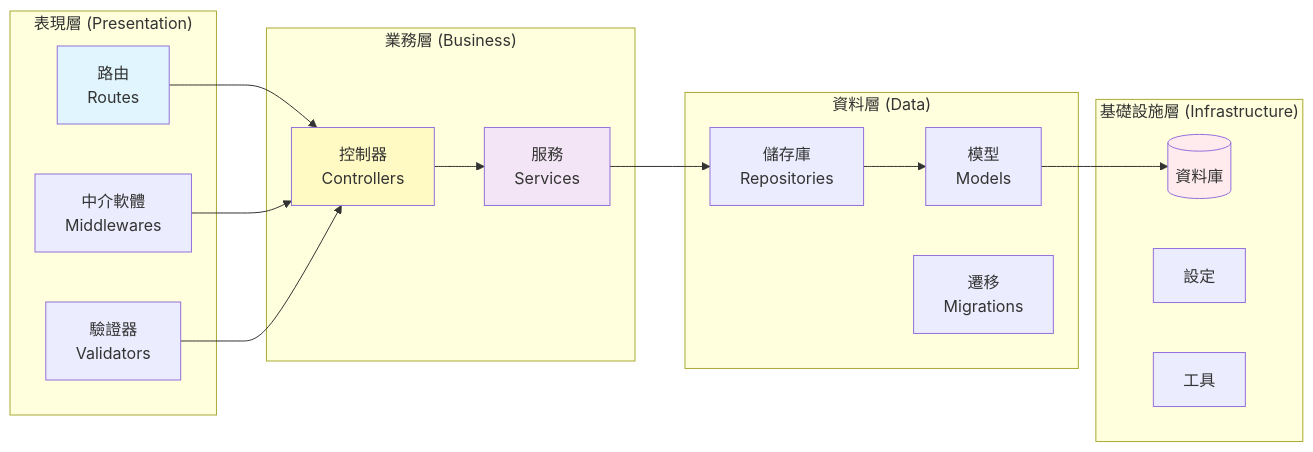
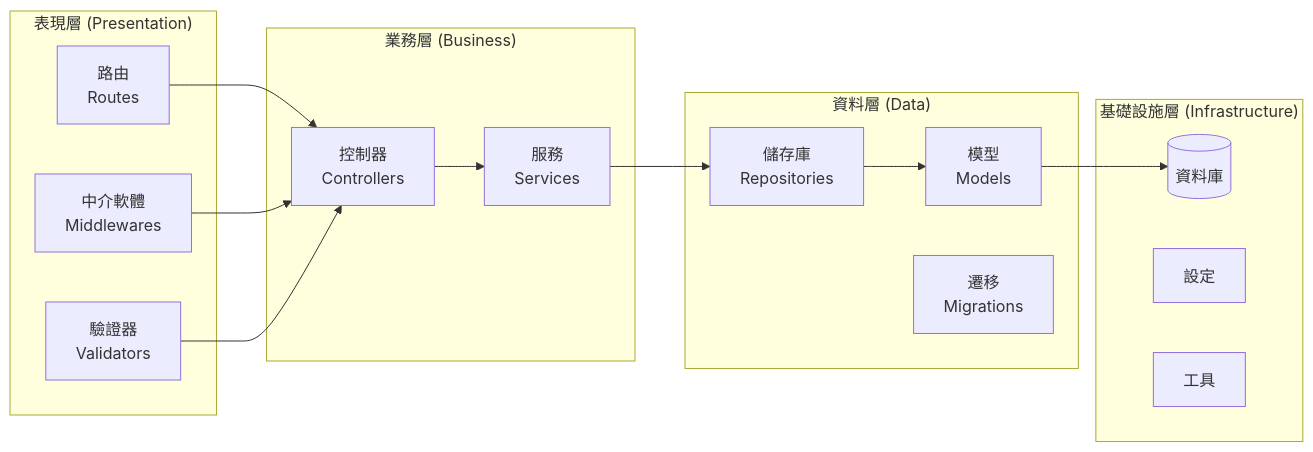
Before and after one commit to tboydar/service-booking-api: the fourth of 23 diagrams in README.md, drawn with Mermaid. The commit also changed other lines of this file and 2 other files, not shown here.

````diff
--- a/README.md
+++ b/README.md
@@ -263,38 +261,34 @@
 ```mermaid
 flowchart LR
     subgraph "表現層 (Presentation)"
         Routes["路由<br/>Routes"]
         Middlewares["中介軟體<br/>Middlewares"]
         Validators["驗證器<br/>Validators"]
     end
 
     subgraph "業務層 (Business)"
         Controllers["控制器<br/>Controllers"]
         Services["服務<br/>Services"]
     end
 
     subgraph "資料層 (Data)"
         Repositories["儲存庫<br/>Repositories"]
         Models["模型<br/>Models"]
         Migrations["遷移<br/>Migrations"]
     end
 
     subgraph "基礎設施層 (Infrastructure)"
         Database[(資料庫)]
         Config["設定"]
         Utils["工具"]
     end
 
     Routes --> Controllers
     Middlewares --> Controllers
     Validators --> Controllers
     Controllers --> Services
     Services --> Repositories
     Repositories --> Models
     Models --> Database
 
-    style Routes fill:#e1f5fe
-    style Controllers fill:#fff9c4
-    style Services fill:#f3e5f5
-    style Database fill:#ffebee
 ```
````
